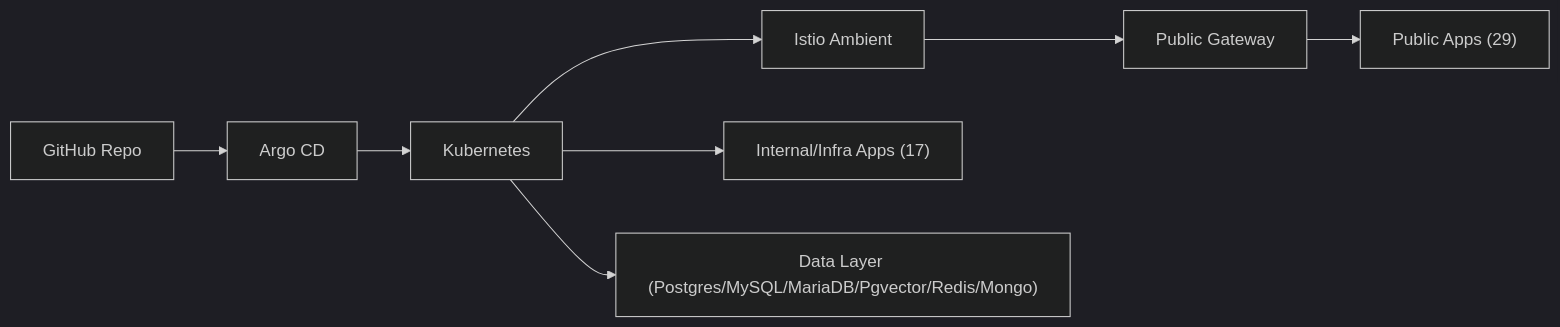
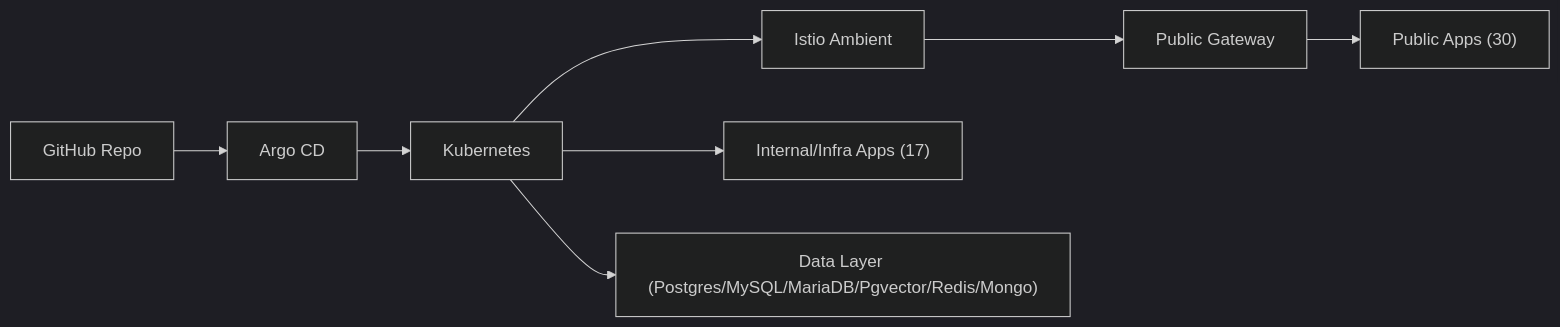
The diagram in README.md (noeulnight/homelab), drawn with Mermaid (dark theme) before and after one commit. The commit also changed other lines of this file and 8 other files, not shown here.

````diff
--- a/README.md
+++ b/README.md
@@ -13,10 +13,10 @@
 ```mermaid
 flowchart LR
   GitHub["GitHub Repo"] --> Argo["Argo CD"]
   Argo --> K8s["Kubernetes"]
   K8s --> Istio["Istio Ambient"]
   Istio --> Gateway["Public Gateway"]
-  Gateway --> PublicApps["Public Apps (29)"]
+  Gateway --> PublicApps["Public Apps (30)"]
   K8s --> InternalApps["Internal/Infra Apps (17)"]
   K8s --> Data["Data Layer (Postgres/MySQL/MariaDB/Pgvector/Redis/Mongo)"]
 ```
````
